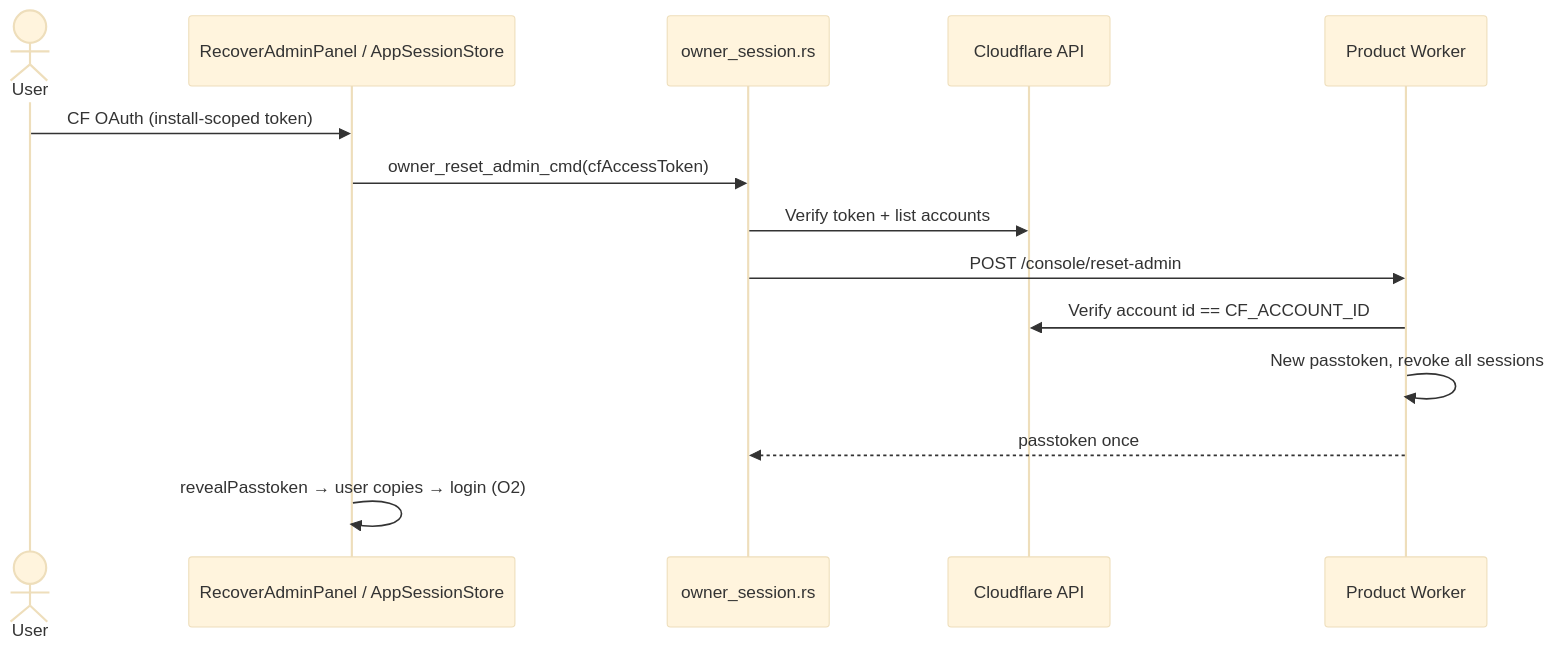
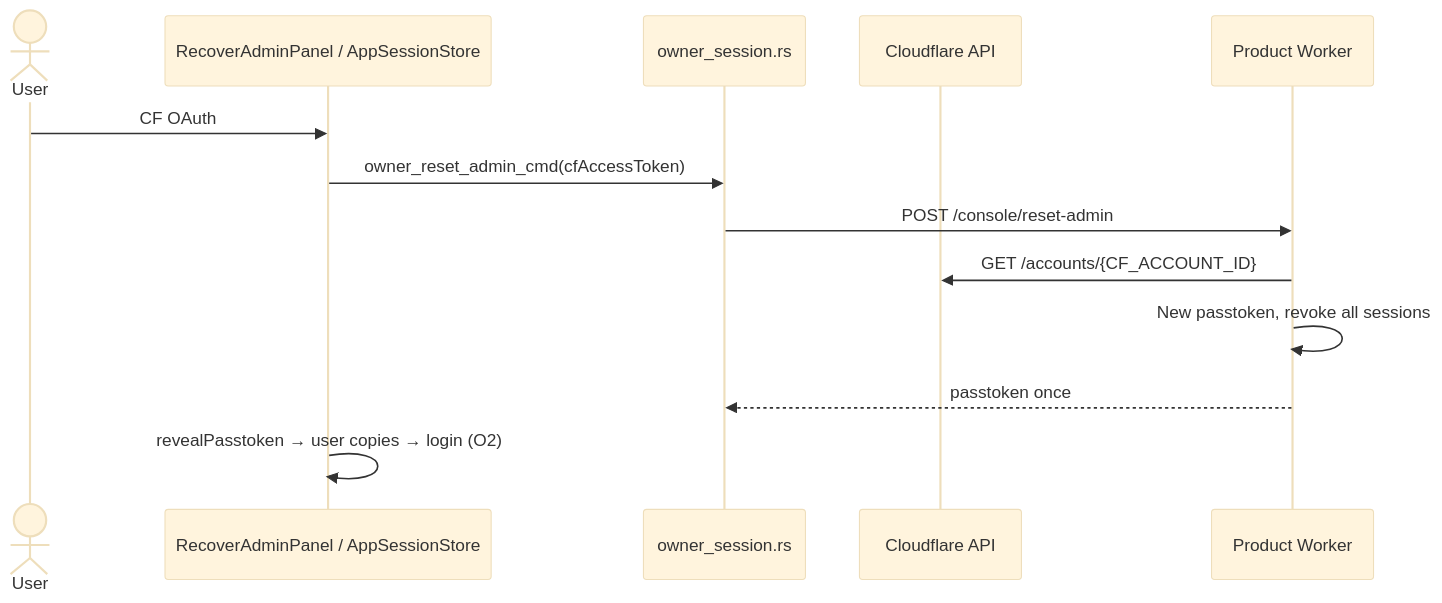
One commit to gssisaac/relaybase changed the eighth of 13 diagrams in docs/legacy/authentication.md. Above: the diagram before and after it, drawn with Mermaid (base theme). The commit also changed other lines of this file and 48 other files, not shown here.

````diff
--- a/docs/legacy/authentication.md
+++ b/docs/legacy/authentication.md
@@ -494,17 +494,16 @@
 ```mermaid
 sequenceDiagram
   actor User
   participant UI as RecoverAdminPanel / AppSessionStore
   participant Tauri as owner_session.rs
   participant CF as Cloudflare API
   participant Worker as Product Worker
 
-  User->>UI: CF OAuth (install-scoped token)
+  User->>UI: CF OAuth
   UI->>Tauri: owner_reset_admin_cmd(cfAccessToken)
-  Tauri->>CF: Verify token + list accounts
   Tauri->>Worker: POST /console/reset-admin
-  Worker->>CF: Verify account id == CF_ACCOUNT_ID
+  Worker->>CF: GET /accounts/{CF_ACCOUNT_ID}
   Worker->>Worker: New passtoken, revoke all sessions
   Worker-->>Tauri: passtoken once
   UI->>UI: revealPasstoken → user copies → login (O2)
 ```
````
